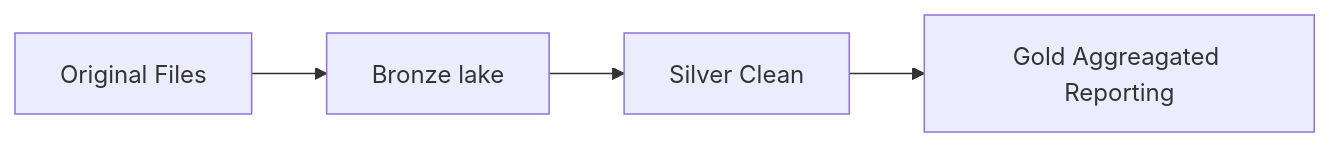
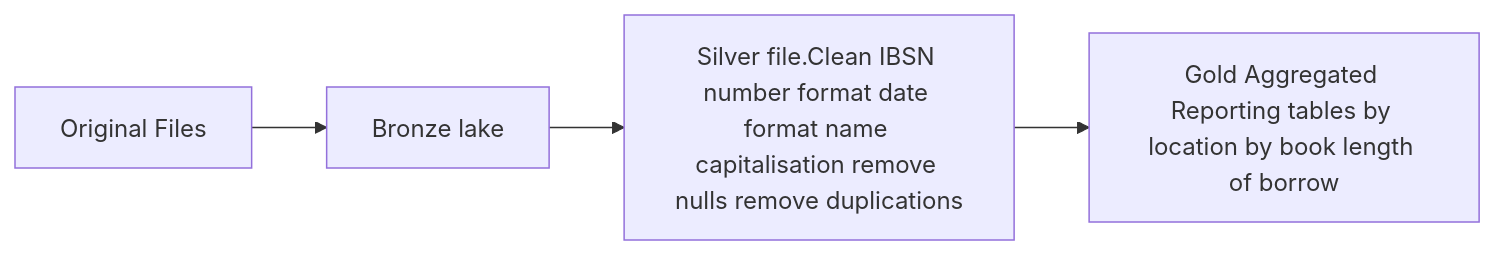
The diagram in flowchat.md (neiltuckerspeedy/libraryprojectQA), drawn with Mermaid before and after one commit.

````diff
--- a/flowchat.md
+++ b/flowchat.md
@@ -2,4 +2,4 @@
 ```mermaid
 flowchart LR
-  A[Original Files] --> B[Bronze lake] --> C[Silver Clean] --> D[Gold Aggreagated Reporting]
+  A[Original Files] --> B[Bronze lake] --> C[Silver file.Clean IBSN number format date format name capitalisation remove nulls remove duplications] --> D[Gold Aggregated Reporting tables by location by book length of borrow ]
 ```
````
